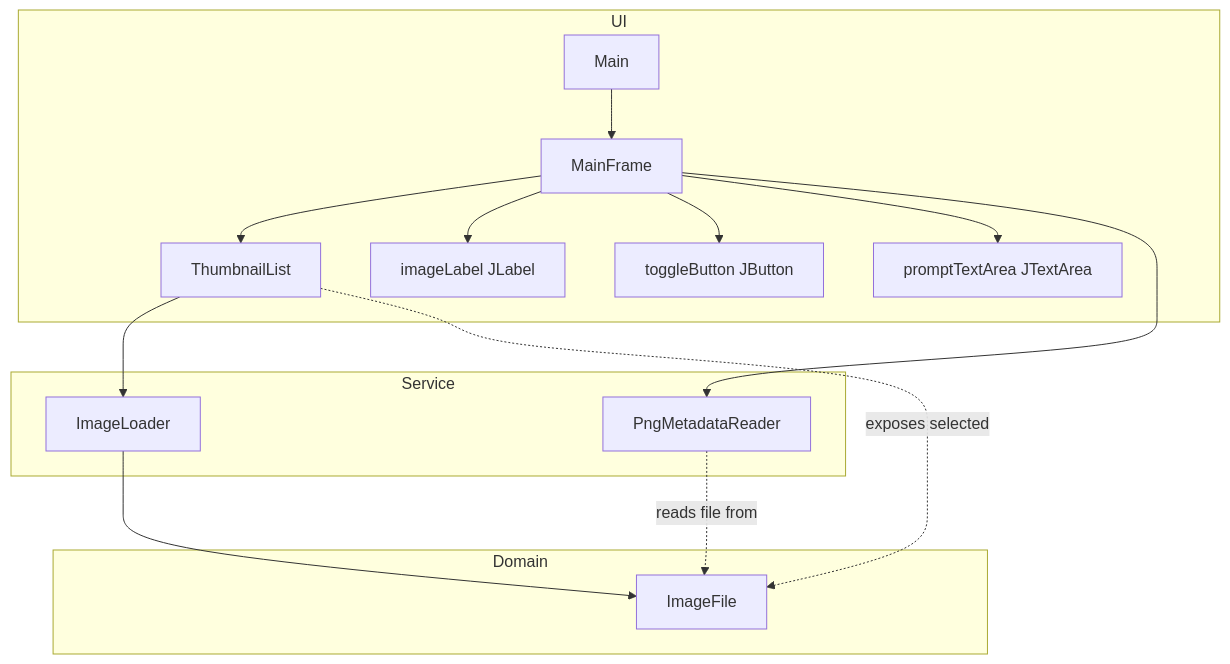
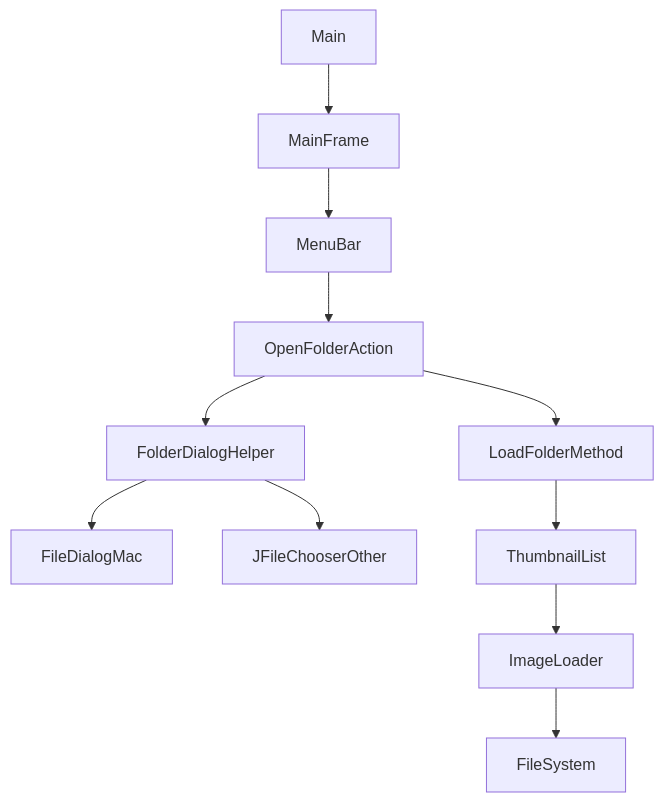
Before and after one commit to uS-aito/image_select_viewer: the first of 2 diagrams in .kiro/specs/comfyui-image-viewer/design.md, drawn with Mermaid. The commit also changed other lines of this file and 8 other files, not shown here.

````diff
--- a/.kiro/specs/comfyui-image-viewer/design.md
+++ b/.kiro/specs/comfyui-image-viewer/design.md
@@ -70,29 +62,13 @@
 ```mermaid
 graph TB
-    subgraph UI
-        Main
-        MainFrame
-        ThumbnailList
-        ImageLabel[imageLabel JLabel]
-        ToggleButton[toggleButton JButton]
-        PromptArea[promptTextArea JTextArea]
-    end
-    subgraph Service
-        ImageLoader
-        PngMetadataReader
-    end
-    subgraph Domain
-        ImageFile
-    end
-
     Main --> MainFrame
-    MainFrame --> ThumbnailList
-    MainFrame --> ImageLabel
-    MainFrame --> ToggleButton
-    MainFrame --> PromptArea
-    MainFrame --> PngMetadataReader
+    MainFrame --> MenuBar
+    MenuBar --> OpenFolderAction
+    OpenFolderAction --> FolderDialogHelper
+    FolderDialogHelper --> FileDialogMac
+    FolderDialogHelper --> JFileChooserOther
+    OpenFolderAction --> LoadFolderMethod
+    LoadFolderMethod --> ThumbnailList
     ThumbnailList --> ImageLoader
-    ImageLoader --> ImageFile
-    ThumbnailList -.exposes selected.-> ImageFile
-    PngMetadataReader -.reads file from.-> ImageFile
+    ImageLoader --> FileSystem
 ```
````
